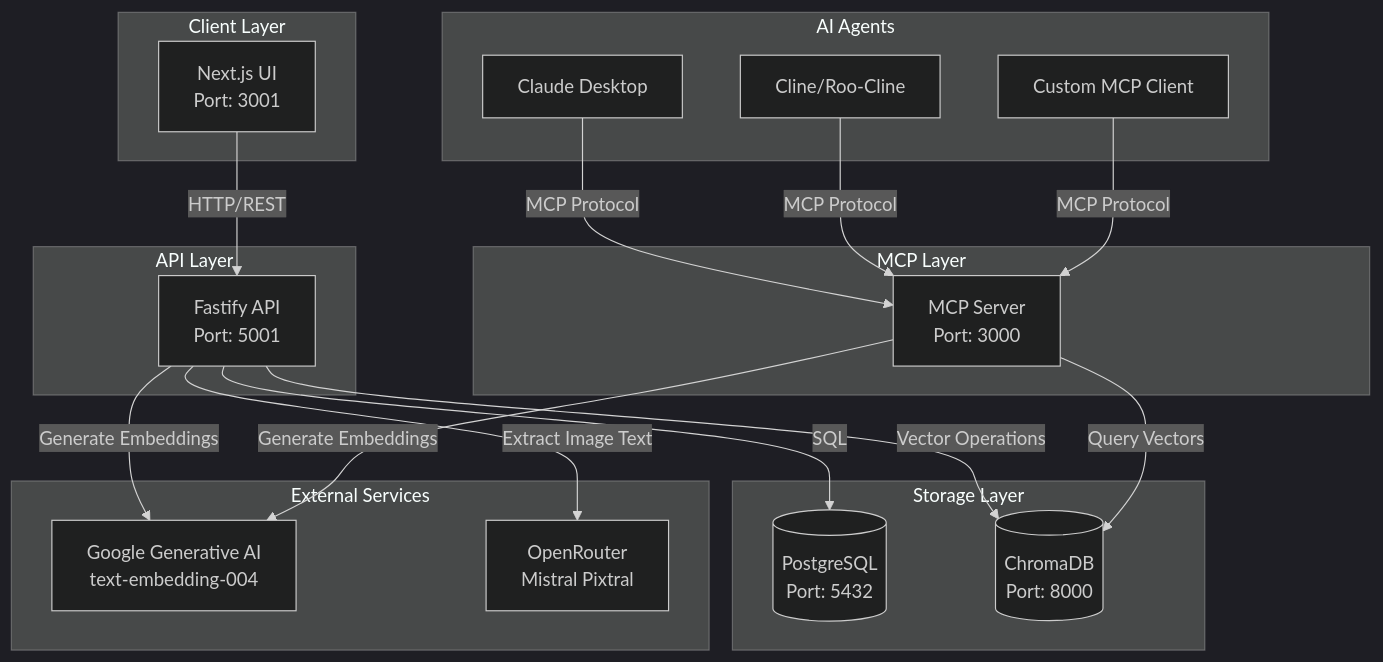
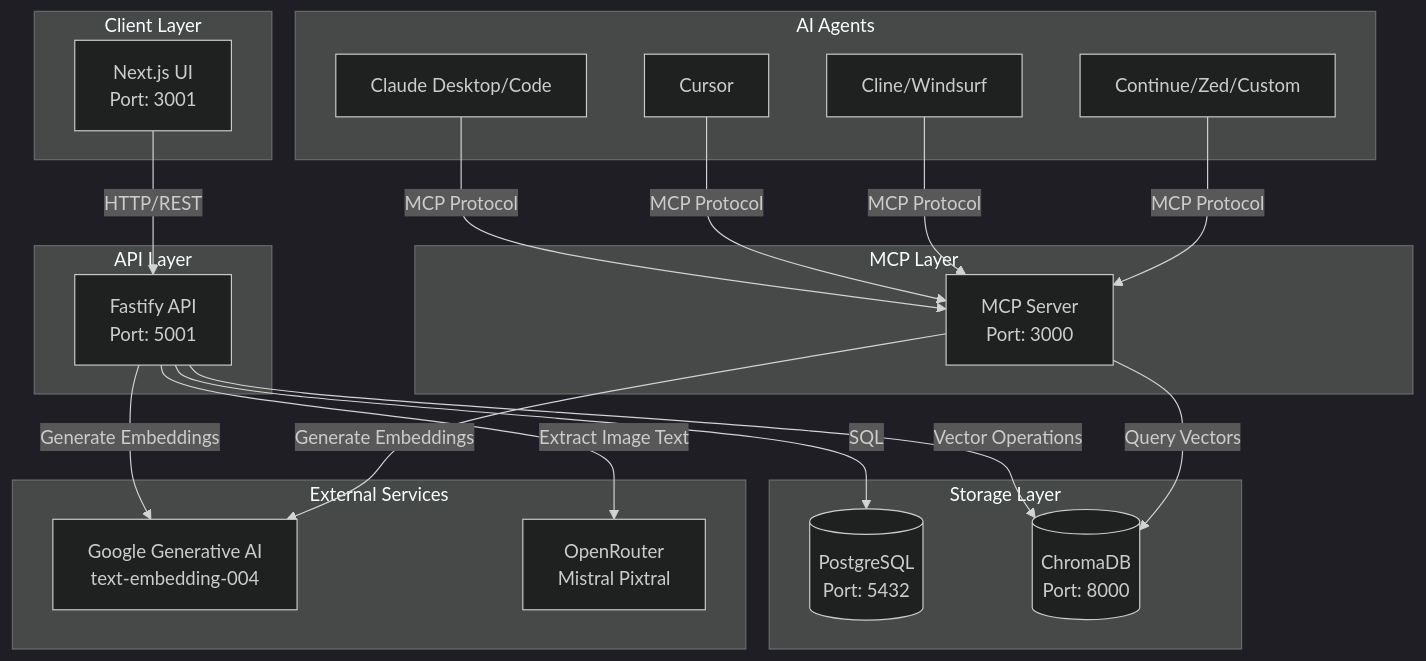
One commit to infinity8solutions/ai-docvault-rag-system changed the second of 11 diagrams in README.md. Above: the diagram before and after it, drawn with Mermaid (dark theme). The commit also changed other lines of this file, not shown here.

````diff
--- a/README.md
+++ b/README.md
@@ -61,41 +73,43 @@
 ```mermaid
 graph TB
     subgraph "Client Layer"
         UI[Next.js UI<br/>Port: 3001]
     end
 
     subgraph "AI Agents"
-        CLAUDE[Claude Desktop]
-        CLINE[Cline/Roo-Cline]
-        CUSTOM[Custom MCP Client]
+        CLAUDE[Claude Desktop/Code]
+        CURSOR[Cursor]
+        CLINE[Cline/Windsurf]
+        OTHERS[Continue/Zed/Custom]
     end
 
     subgraph "API Layer"
         API[Fastify API<br/>Port: 5001]
     end
 
     subgraph "MCP Layer"
         MCP[MCP Server<br/>Port: 3000]
     end
 
     subgraph "Storage Layer"
         PG[(PostgreSQL<br/>Port: 5432)]
         CHROMA[(ChromaDB<br/>Port: 8000)]
     end
 
     subgraph "External Services"
         GOOGLE[Google Generative AI<br/>text-embedding-004]
         OPENROUTER[OpenRouter<br/>Mistral Pixtral]
     end
 
     UI -->|HTTP/REST| API
     CLAUDE -->|MCP Protocol| MCP
+    CURSOR -->|MCP Protocol| MCP
     CLINE -->|MCP Protocol| MCP
-    CUSTOM -->|MCP Protocol| MCP
+    OTHERS -->|MCP Protocol| MCP
     API -->|SQL| PG
     API -->|Vector Operations| CHROMA
     API -->|Generate Embeddings| GOOGLE
     API -->|Extract Image Text| OPENROUTER
     MCP -->|Query Vectors| CHROMA
     MCP -->|Generate Embeddings| GOOGLE
 ```
````
